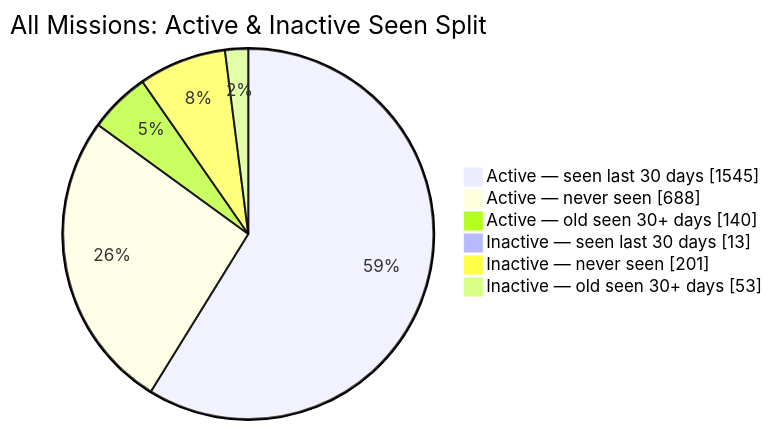
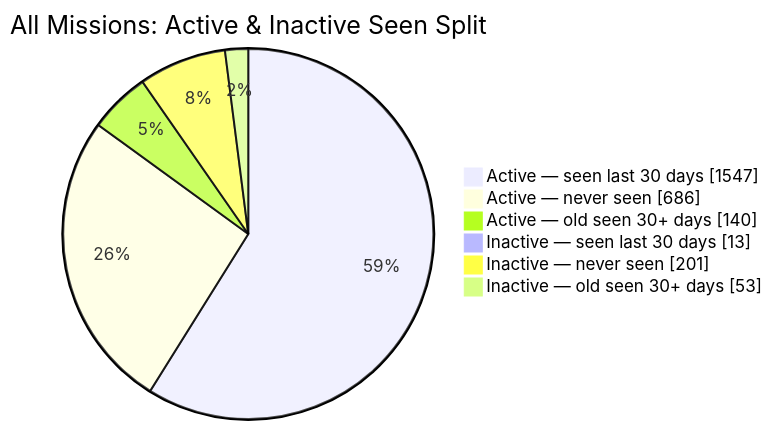
One commit to MeldkamerspelGameTeam/active-missions changed the second of 2 diagrams in README.md. Above: the diagram before and after it, drawn with Mermaid. The commit also changed other lines of this file and 3 other files, not shown here.

````diff
--- a/README.md
+++ b/README.md
@@ -44,10 +44,10 @@
 ```mermaid
 pie showData
     title All Missions: Active & Inactive Seen Split
-    "Active — seen last 30 days" : 1545
-    "Active — never seen" : 688
+    "Active — seen last 30 days" : 1547
+    "Active — never seen" : 686
     "Active — old seen 30+ days" : 140
     "Inactive — seen last 30 days" : 13
     "Inactive — never seen" : 201
     "Inactive — old seen 30+ days" : 53
 ```
````
